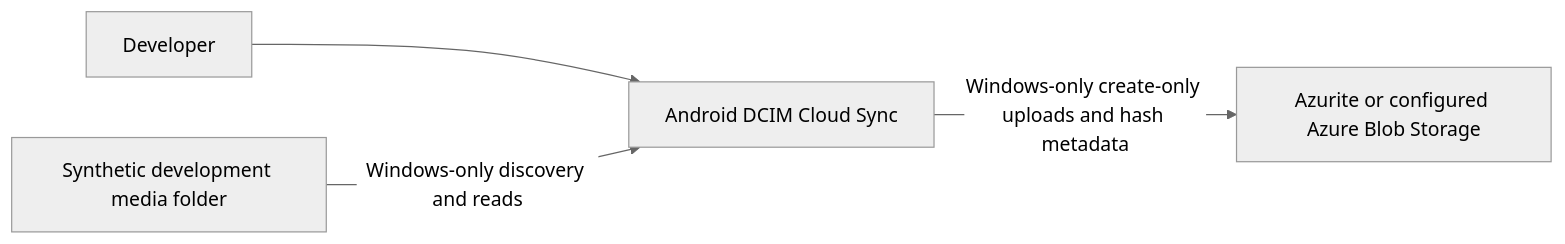
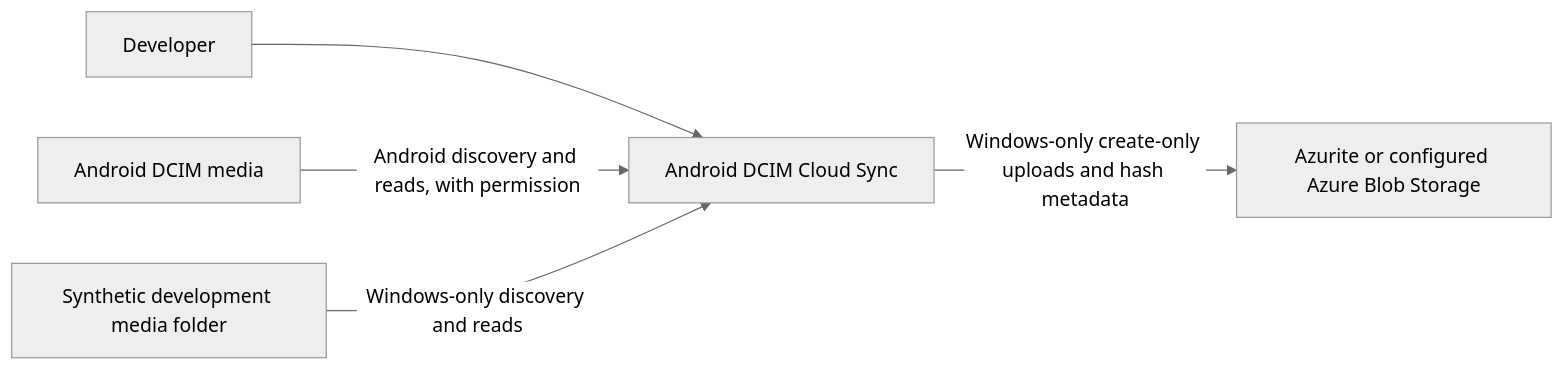
One commit to f2calv/android-dcim-cloud-sync changed the diagram in README.md. Above: the diagram before and after it, drawn with Mermaid (neutral theme). The commit also changed other lines of this file and 2 other files, not shown here.

First line of the commit message:
docs(adr): propose Entra sign-in for Android upload credentials

````diff
--- a/README.md
+++ b/README.md
@@ -38,6 +38,7 @@
 ```mermaid
 flowchart LR
     Developer["Developer"] --> App["Android DCIM Cloud Sync"]
+    Phone["Android DCIM media"] -->|Android discovery and reads, with permission| App
     Folder["Synthetic development media folder"] -->|Windows-only discovery and reads| App
     App -->|Windows-only create-only uploads and hash metadata| Storage["Azurite or configured Azure Blob Storage"]
 ```
````
